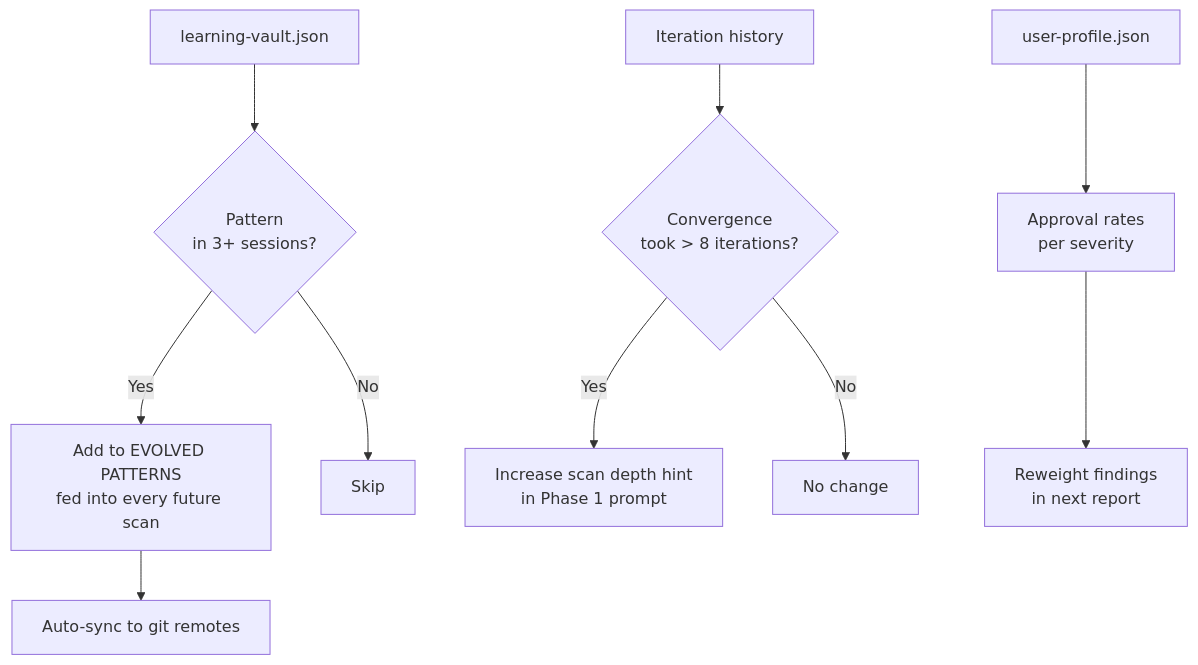
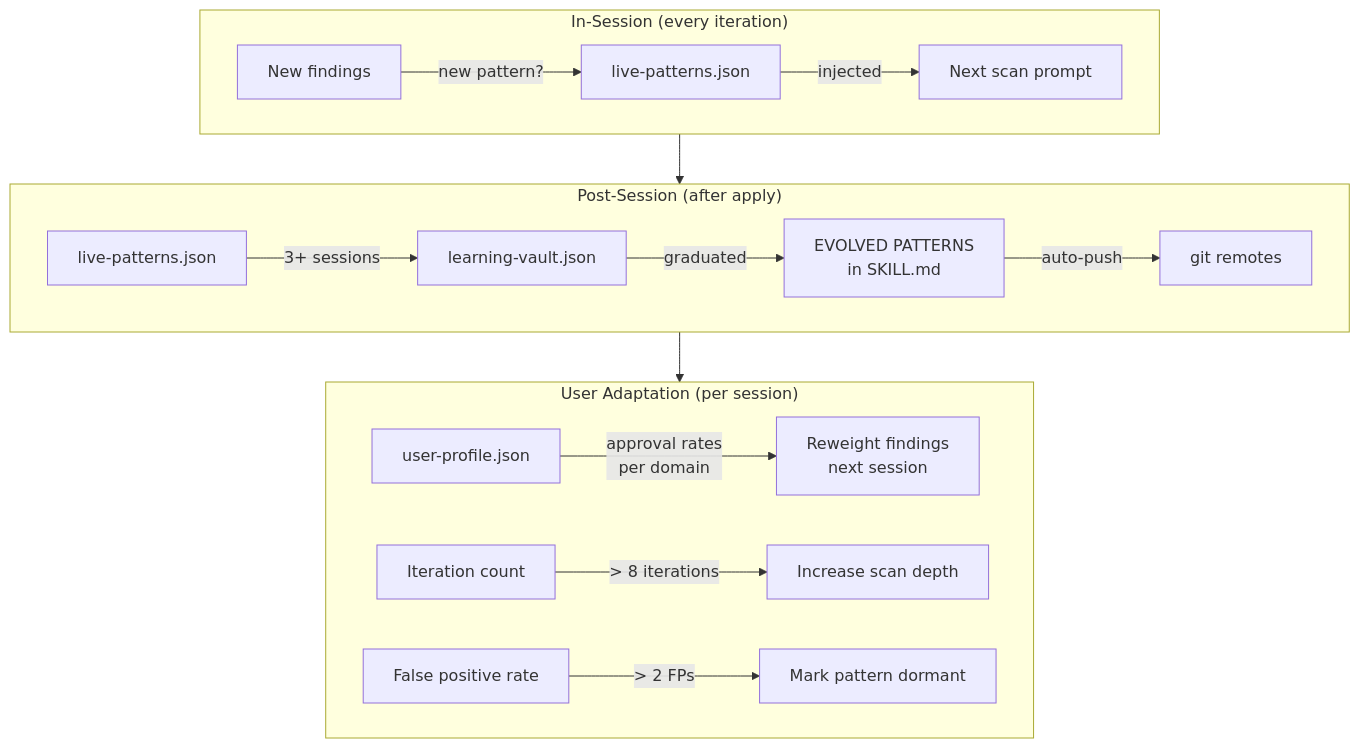
One commit to jovenleewj-png/red-blue-team changed the fifth of 5 diagrams in README.md. Above: the diagram before and after it, drawn with Mermaid. The commit also changed other lines of this file and 2 other files, not shown here.

First line of the commit message:
v6.0: three-domain scope, real-time learning, loop diagrams

````diff
--- a/README.md
+++ b/README.md
@@ -168,14 +213,24 @@
 ```mermaid
 flowchart TD
-    LV[learning-vault.json] --> PD{Pattern\nin 3+ sessions?}
-    PD -->|Yes| EP[Add to EVOLVED PATTERNS\nfed into every future scan]
-    PD -->|No| SK[Skip]
-    EP --> SY[Auto-sync to git remotes]
+    subgraph INSESSION ["In-Session (every iteration)"]
+        direction LR
+        F[New findings] -->|"new pattern?"| LP[live-patterns.json]
+        LP -->|"injected"| NS[Next scan prompt]
+    end
 
-    IT[Iteration history] --> CF{Convergence\ntook > 8 iterations?}
-    CF -->|Yes| SD[Increase scan depth hint\nin Phase 1 prompt]
-    CF -->|No| NR[No change]
+    subgraph POSTSESSION ["Post-Session (after apply)"]
+        direction LR
+        LP2[live-patterns.json] -->|"3+ sessions"| LV[learning-vault.json]
+        LV -->|"graduated"| EP[EVOLVED PATTERNS\nin SKILL.md]
+        EP -->|"auto-push"| GR[git remotes]
+    end
 
-    UP[user-profile.json] --> AR[Approval rates\nper severity]
-    AR --> RW[Reweight findings\nin next report]
+    subgraph ADAPT ["User Adaptation (per session)"]
+        UP[user-profile.json] -->|"approval rates\nper domain"| RW[Reweight findings\nnext session]
+        IT[Iteration count] -->|"> 8 iterations"| SD[Increase scan depth]
+        FP[False positive rate] -->|"> 2 FPs"| DM[Mark pattern dormant]
+    end
+
+    INSESSION --> POSTSESSION
+    POSTSESSION --> ADAPT
 ```
````
